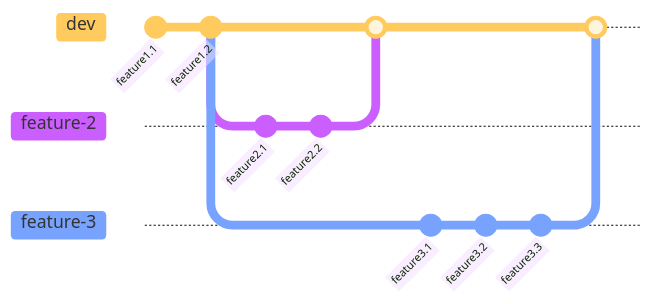
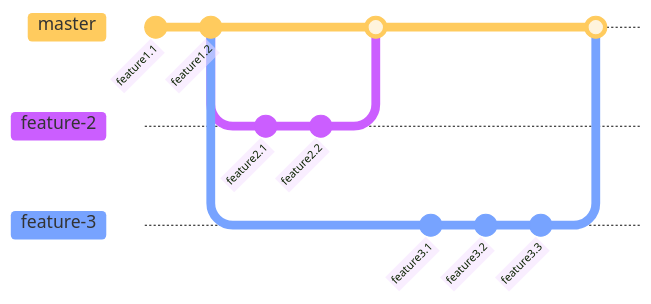
Before and after one commit to NOAA-OWP/DMOD: the first of 5 diagrams in doc/GIT_USAGE.md, drawn with Mermaid. The commit also changed other lines of this file, not shown here.

First line of the commit message:
Adjust names of branches in GIT_USAGE.md.

````diff
--- a/doc/GIT_USAGE.md
+++ b/doc/GIT_USAGE.md
@@ -37,19 +37,19 @@
 ```mermaid 
-    %%{init: { 'logLevel': 'debug', 'theme': 'base', 'gitGraph': { 'showBranches': true, 'showCommitLabel':true, 'mainBranchName': 'dev'}}}%%
+    %%{init: { 'logLevel': 'debug', 'theme': 'base', 'gitGraph': { 'showBranches': true, 'showCommitLabel':true, 'mainBranchName': 'master'}}}%%
     gitGraph
         commit id:"feature1.1"
         commit id:"feature1.2"
         branch feature-2
         branch feature-3
         checkout feature-2
         commit id:"feature2.1"
         commit id:"feature2.2"
-        checkout dev
+        checkout master
         merge feature-2
         checkout feature-3
         commit id:"feature3.1"
         commit id:"feature3.2"
         commit id:"feature3.3"
-        checkout dev
+        checkout master
         merge feature-3
 ```
````
